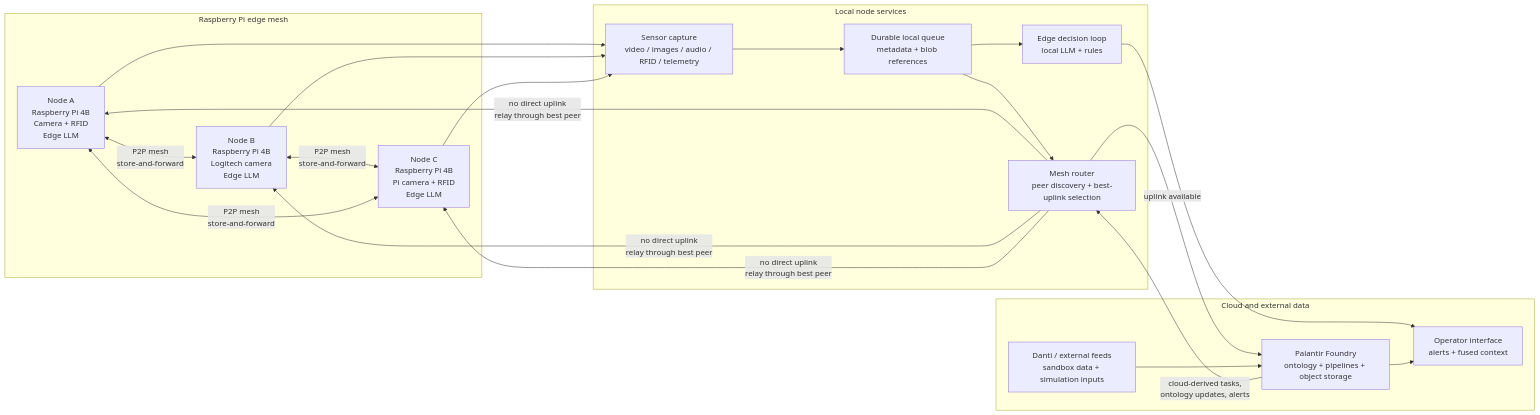
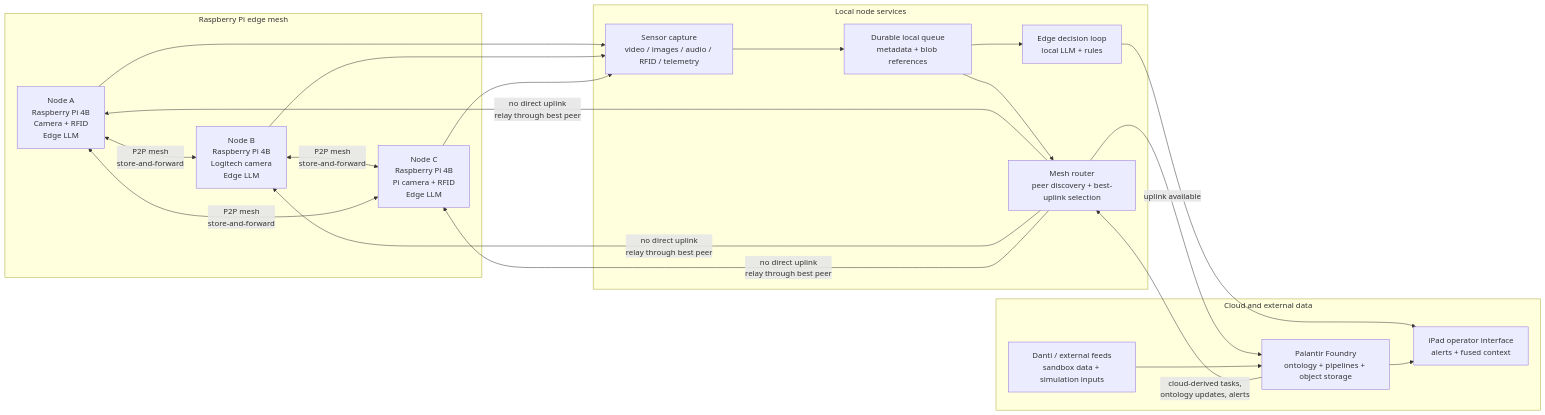
The first of 3 diagrams in README.md (digitalnomd/altiair), drawn with Mermaid before and after one commit. The commit also changed other lines of this file, not shown here.

Commit message:
Add hackathon workstreams and iPad operator app

````diff
--- a/README.md
+++ b/README.md
@@ -7,42 +7,42 @@
 ```mermaid
 flowchart LR
   subgraph Edge["Raspberry Pi edge mesh"]
     PiA["Node A\nRaspberry Pi 4B\nCamera + RFID\nEdge LLM"]
     PiB["Node B\nRaspberry Pi 4B\nLogitech camera\nEdge LLM"]
     PiC["Node C\nRaspberry Pi 4B\nPi camera + RFID\nEdge LLM"]
 
     PiA <-- "P2P mesh\nstore-and-forward" --> PiB
     PiB <-- "P2P mesh\nstore-and-forward" --> PiC
     PiC <-- "P2P mesh\nstore-and-forward" --> PiA
   end
 
   subgraph Local["Local node services"]
     Capture["Sensor capture\nvideo / images / audio / RFID / telemetry"]
     Queue["Durable local queue\nmetadata + blob references"]
     Router["Mesh router\npeer discovery + best-uplink selection"]
     Inference["Edge decision loop\nlocal LLM + rules"]
   end
 
   subgraph Cloud["Cloud and external data"]
     Foundry["Palantir Foundry\nontology + pipelines + object storage"]
     Danti["Danti / external feeds\nsandbox data + simulation inputs"]
-    Operators["Operator interface\nalerts + fused context"]
+    Operators["iPad operator interface\nalerts + fused context"]
   end
 
   PiA --> Capture
   PiB --> Capture
   PiC --> Capture
   Capture --> Queue
   Queue --> Router
   Queue --> Inference
   Inference --> Operators
 
   Router -- "uplink available" --> Foundry
   Router -- "no direct uplink\nrelay through best peer" --> PiA
   Router -- "no direct uplink\nrelay through best peer" --> PiB
   Router -- "no direct uplink\nrelay through best peer" --> PiC
 
   Danti --> Foundry
   Foundry --> Operators
   Foundry -- "cloud-derived tasks,\nontology updates, alerts" --> Router
 ```
````
